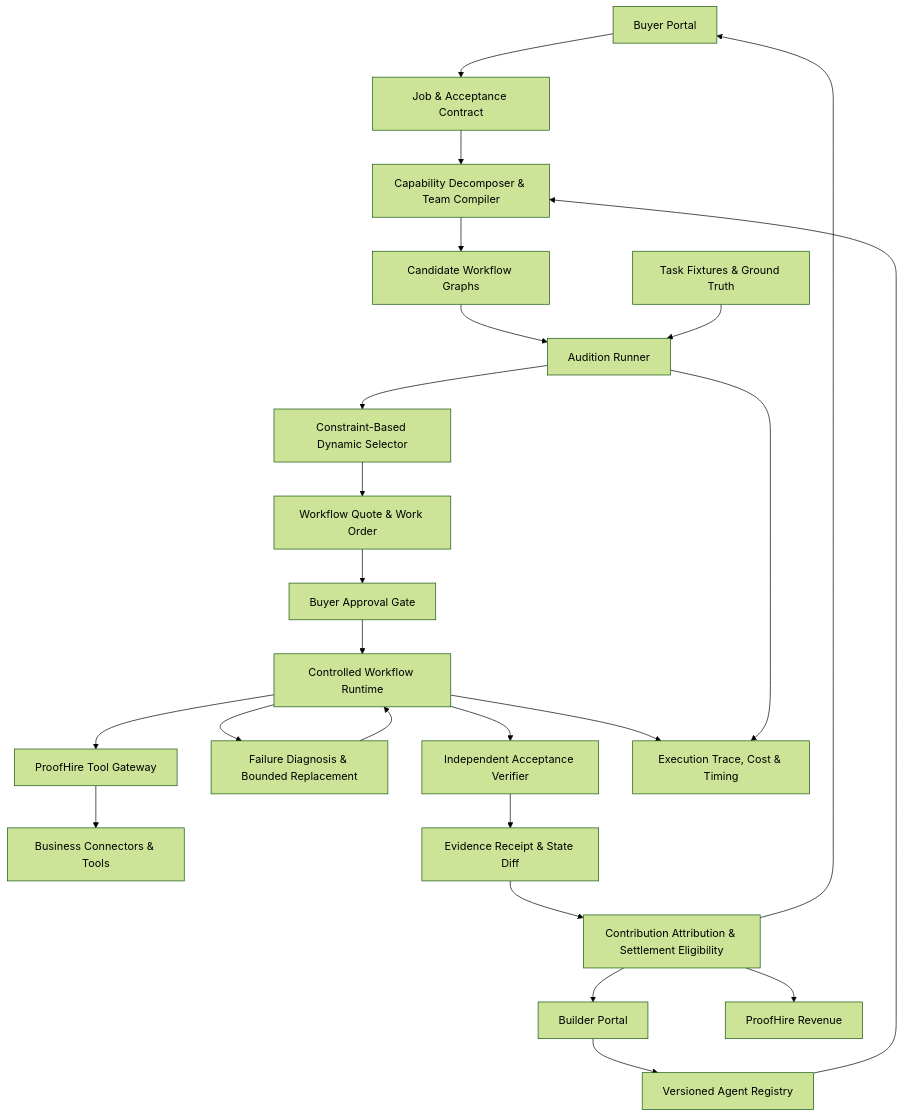
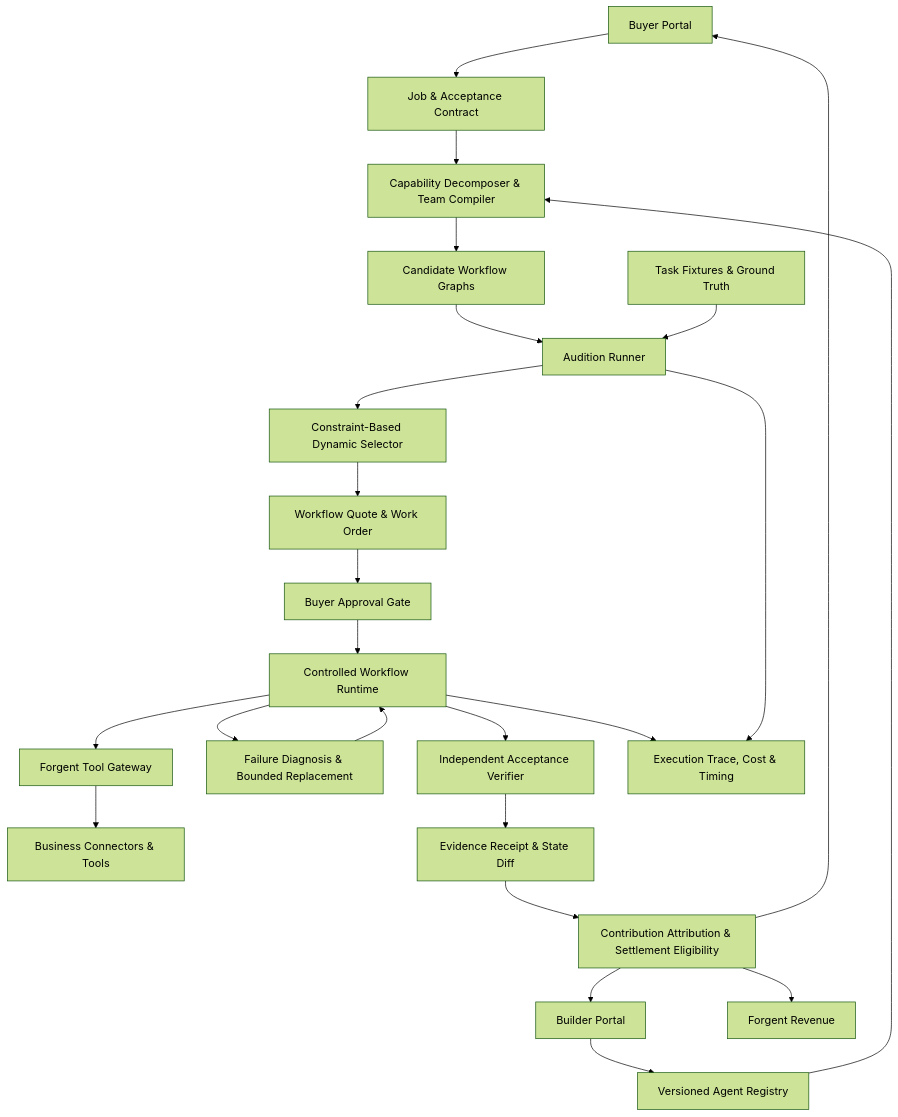
One commit to Mayur11code/Forgent-demo changed the diagram in BLUEPRINT.md. Above: the diagram before and after it, drawn with Mermaid (forest theme). The commit also changed other lines of this file and 24 other files, not shown here.

````diff
--- a/BLUEPRINT.md
+++ b/BLUEPRINT.md
@@ -925,26 +926,26 @@
 ```mermaid
 flowchart TD
     Buyer[Buyer Portal] --> Job[Job & Acceptance Contract]
     Builder[Builder Portal] --> Registry[Versioned Agent Registry]
     Job --> Compiler[Capability Decomposer & Team Compiler]
     Registry --> Compiler
     Compiler --> Candidates[Candidate Workflow Graphs]
     Candidates --> Audition[Audition Runner]
     Fixtures[Task Fixtures & Ground Truth] --> Audition
     Audition --> Selector[Constraint-Based Dynamic Selector]
     Selector --> Offer[Workflow Quote & Work Order]
     Offer --> Approval[Buyer Approval Gate]
     Approval --> Runtime[Controlled Workflow Runtime]
-    Runtime --> Gateway[ProofHire Tool Gateway]
+    Runtime --> Gateway[Forgent Tool Gateway]
     Gateway --> Systems[Business Connectors & Tools]
     Runtime --> Recovery[Failure Diagnosis & Bounded Replacement]
     Recovery --> Runtime
     Runtime --> Verifier[Independent Acceptance Verifier]
     Verifier --> Receipt[Evidence Receipt & State Diff]
     Receipt --> Economics[Contribution Attribution & Settlement Eligibility]
     Economics --> Buyer
     Economics --> Builder
-    Economics --> Platform[ProofHire Revenue]
+    Economics --> Platform[Forgent Revenue]
     Runtime --> Audit[Execution Trace, Cost & Timing]
     Audition --> Audit
 ```
````
